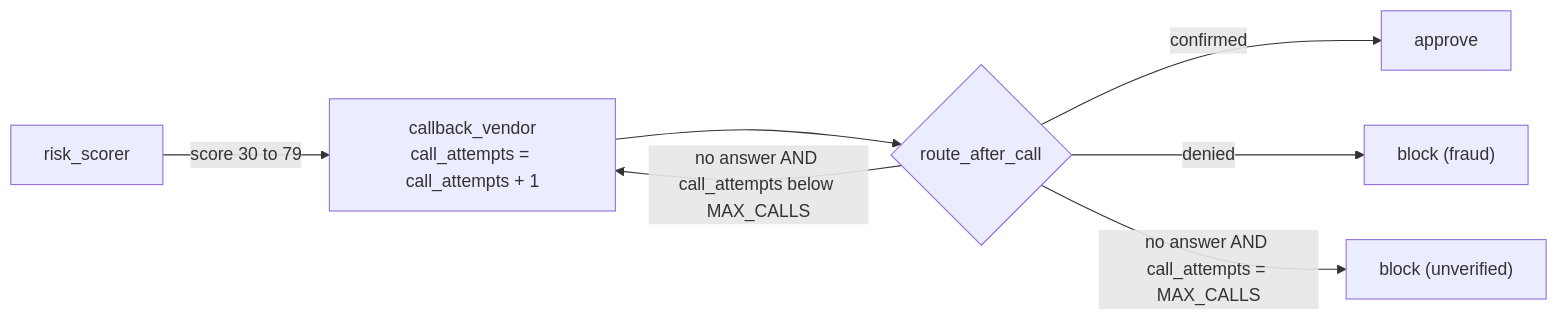
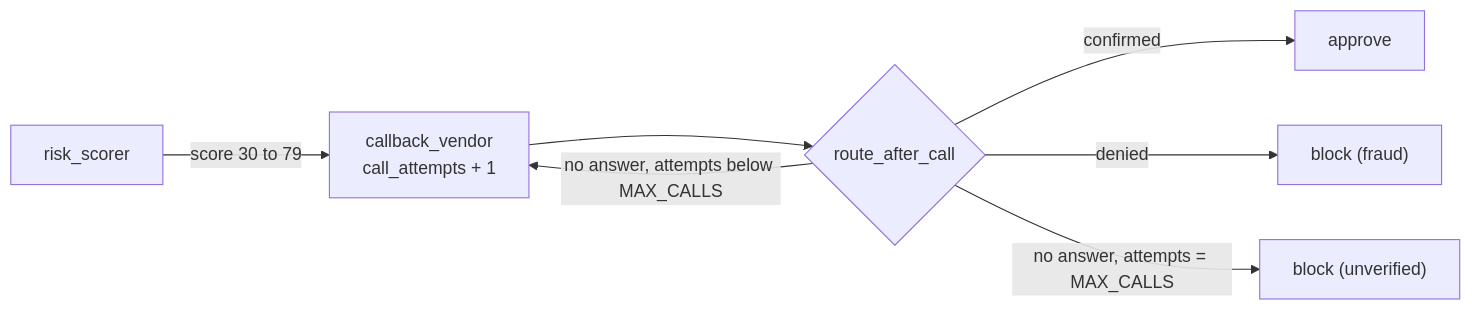
Before and after one commit to PreeyasTumulu/Vendor_Payment_Guard: the third of 4 diagrams in TUTORIAL.md, drawn with Mermaid. The commit also changed other lines of this file and 1 other file, not shown here.

````diff
--- a/TUTORIAL.md
+++ b/TUTORIAL.md
@@ -307,9 +236,9 @@
 ```mermaid
 flowchart LR
-    S[risk_scorer] -->|"score 30 to 79"| C["callback_vendor<br/>call_attempts = call_attempts + 1"]
+    S[risk_scorer] -->|"score 30 to 79"| C["callback_vendor<br/>call_attempts + 1"]
     C --> R{route_after_call}
-    R -->|"no answer AND call_attempts below MAX_CALLS"| C
+    R -->|"no answer, attempts below MAX_CALLS"| C
     R -->|"confirmed"| A[approve]
     R -->|"denied"| B1["block (fraud)"]
-    R -->|"no answer AND call_attempts = MAX_CALLS"| B2["block (unverified)"]
+    R -->|"no answer, attempts = MAX_CALLS"| B2["block (unverified)"]
 ```
````
